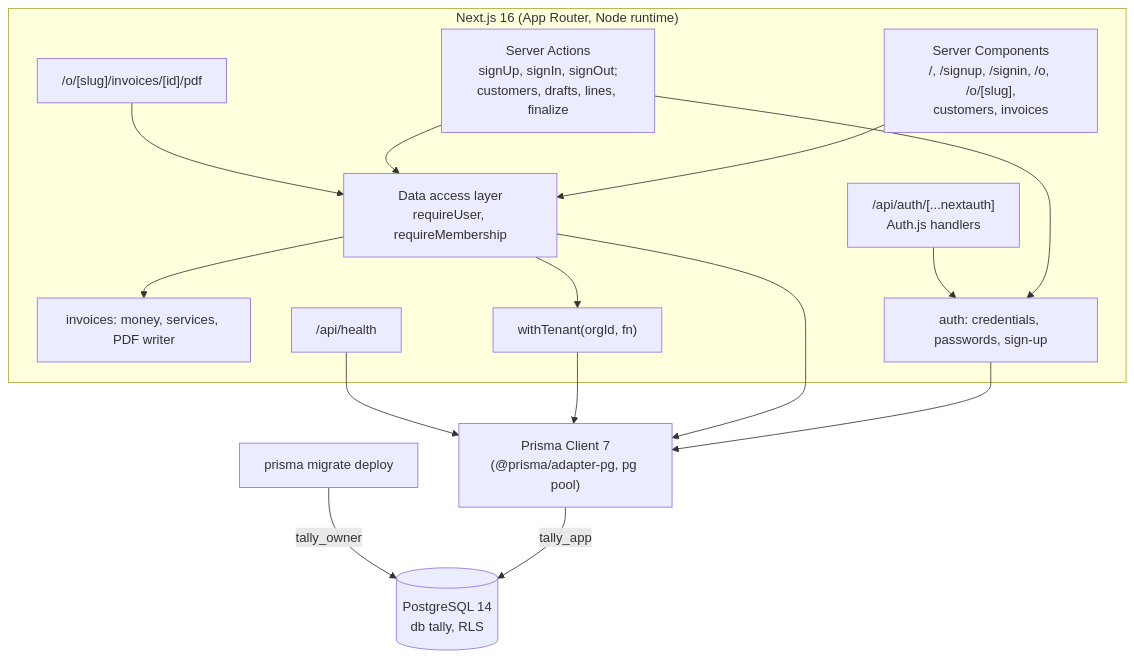
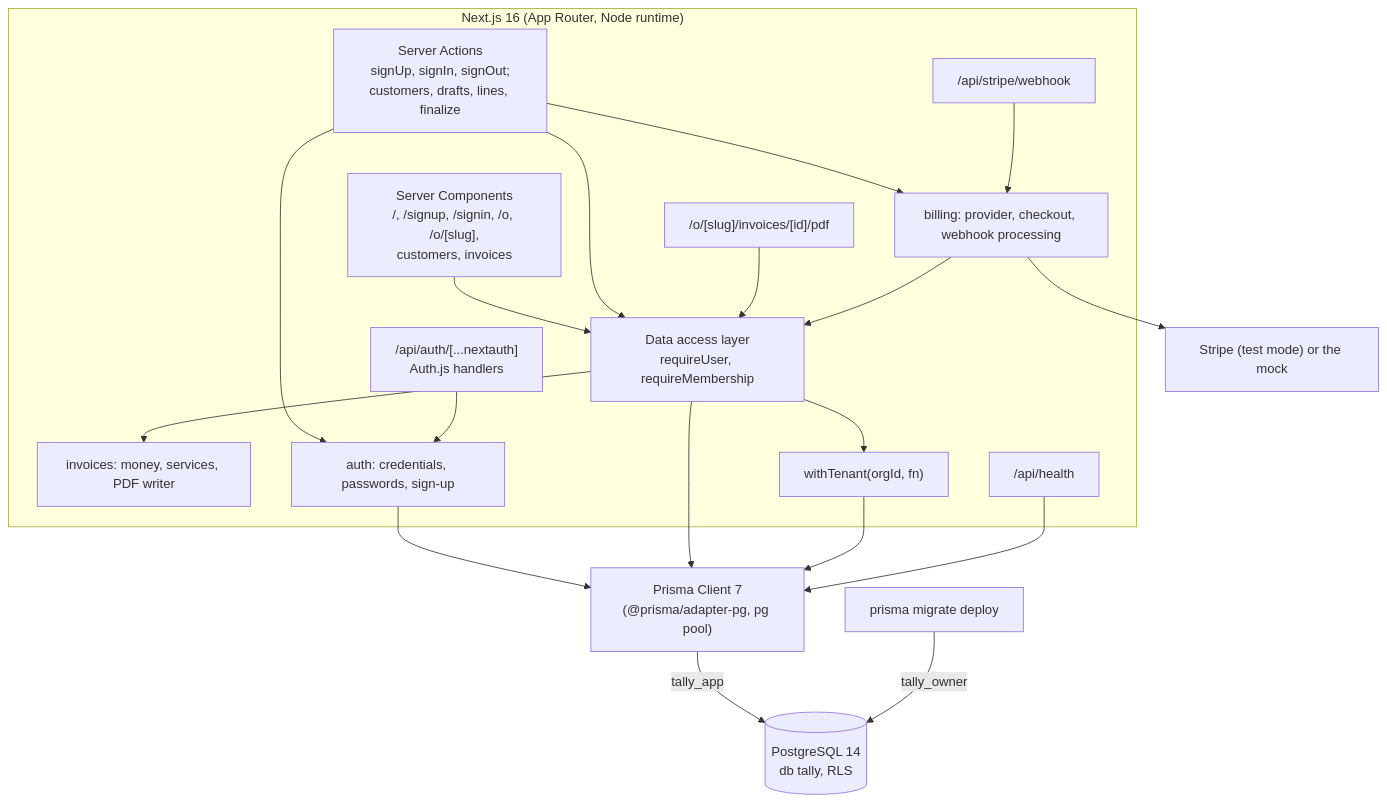
One commit to vivekdavara/tally changed the sixth of 6 diagrams in DESIGN.md. Above: the diagram before and after it, drawn with Mermaid. The commit also changed other lines of this file and 1 other file, not shown here.

First line of the commit message:
DESIGN: billing (providers, payments, links, webhooks, time zones)

````diff
--- a/DESIGN.md
+++ b/DESIGN.md
@@ -376,27 +523,33 @@
 ```mermaid
 flowchart TB
     subgraph next["Next.js 16 (App Router, Node runtime)"]
         pages["Server Components<br/>/, /signup, /signin, /o, /o/[slug],<br/>customers, invoices"]
         actions["Server Actions<br/>signUp, signIn, signOut;<br/>customers, drafts, lines, finalize"]
         pdf["/o/[slug]/invoices/[id]/pdf"]
+        webhook["/api/stripe/webhook"]
+        billing["billing: provider, checkout, webhook processing"]
         invoices["invoices: money, services, PDF writer"]
         authroute["/api/auth/[...nextauth]<br/>Auth.js handlers"]
         health["/api/health"]
         dal["Data access layer<br/>requireUser, requireMembership"]
         tenant["withTenant(orgId, fn)"]
         authlib["auth: credentials, passwords, sign-up"]
     end
     pages --> dal
     actions --> dal
     pdf --> dal
     dal --> invoices
+    actions --> billing
+    webhook --> billing
+    billing --> dal
+    billing --> provider["Stripe (test mode) or the mock"]
     actions --> authlib
     authroute --> authlib
     dal --> tenant
     authlib --> prisma
     dal --> prisma
     tenant --> prisma["Prisma Client 7<br/>(@prisma/adapter-pg, pg pool)"]
     health --> prisma
     prisma -->|tally_app| db[("PostgreSQL 14<br/>db tally, RLS")]
     migrate["prisma migrate deploy"] -->|tally_owner| db
 ```
````
